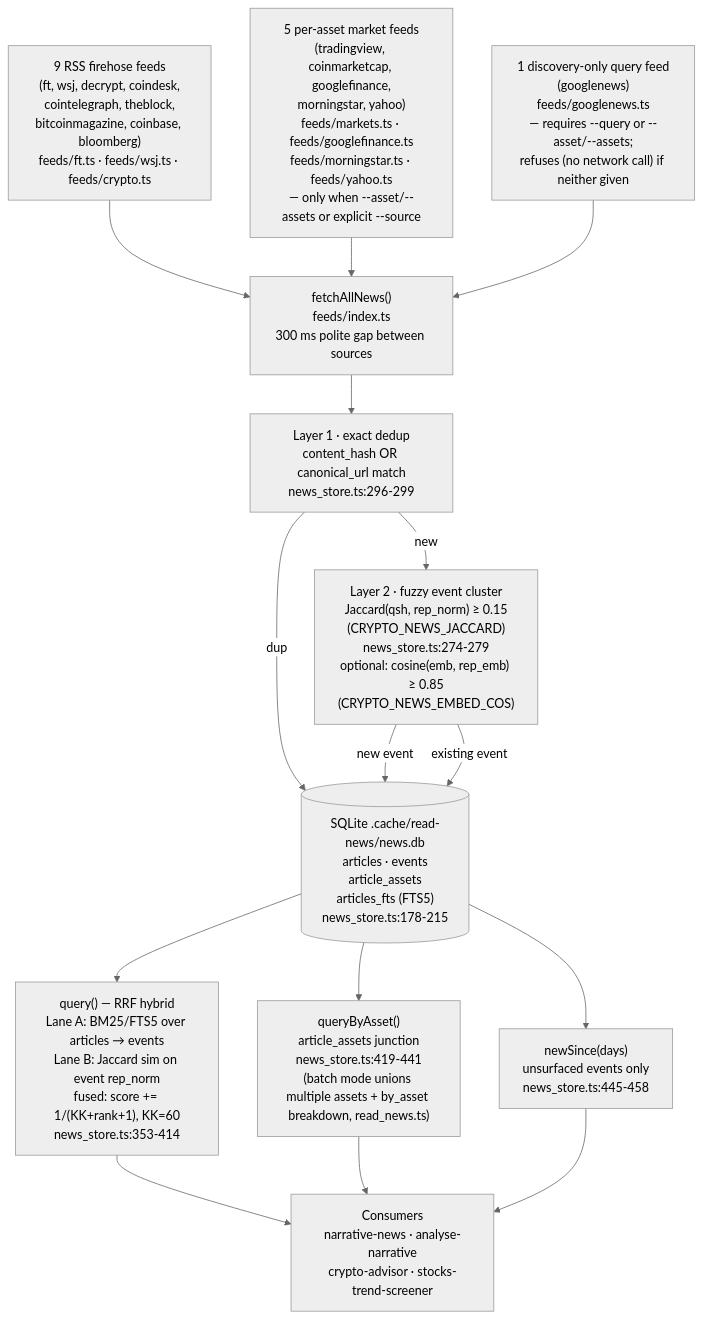
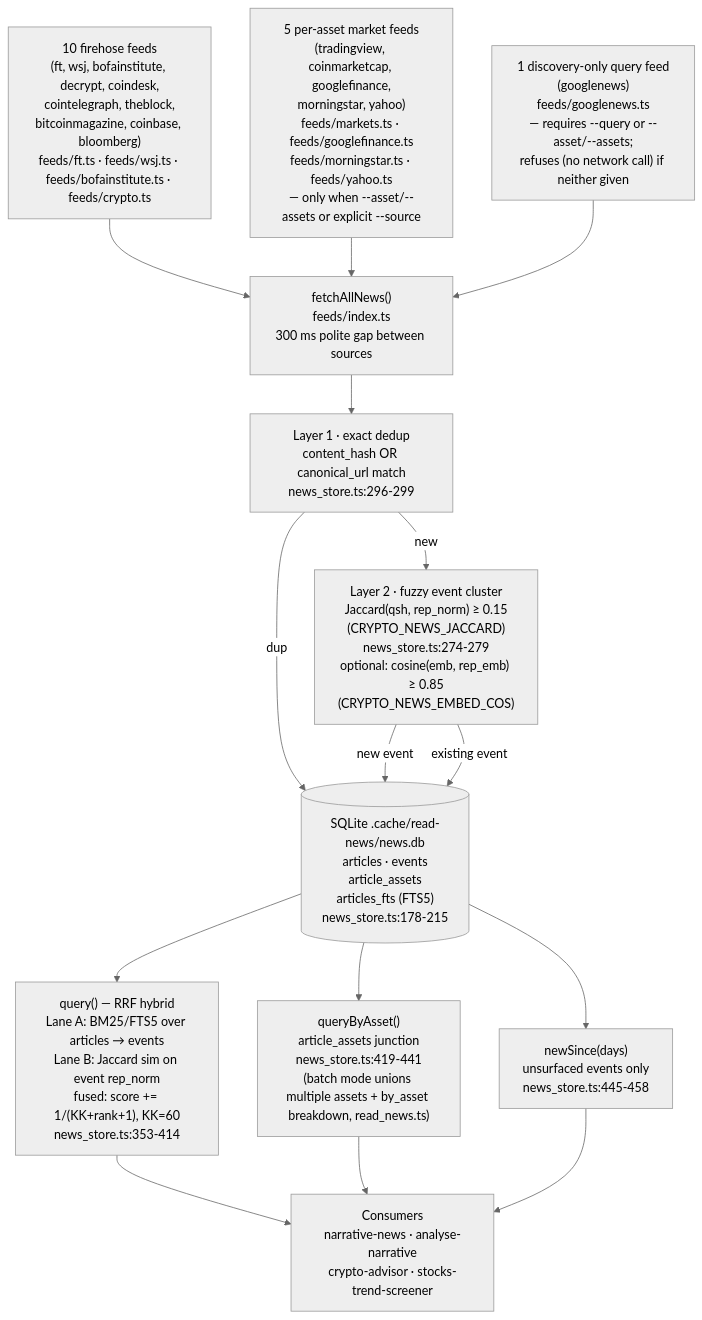
The diagram in .agents/skills/read-news/README.md (dzianisv/NonFinancialAdviceAgents), drawn with Mermaid (neutral theme) before and after one commit. The commit also changed other lines of this file and 18 other files, not shown here.

````diff
--- a/.agents/skills/read-news/README.md
+++ b/.agents/skills/read-news/README.md
@@ -9,67 +9,67 @@
 ```mermaid
 flowchart TD
-    F9["9 RSS firehose feeds
-(ft, wsj, decrypt, coindesk,
+    F9["10 firehose feeds
+(ft, wsj, bofainstitute, decrypt, coindesk,
 cointelegraph, theblock,
 bitcoinmagazine, coinbase, bloomberg)
-feeds/ft.ts · feeds/wsj.ts · feeds/crypto.ts"]
+feeds/ft.ts · feeds/wsj.ts · feeds/bofainstitute.ts · feeds/crypto.ts"]
     F5["5 per-asset market feeds
 (tradingview, coinmarketcap, googlefinance,
 morningstar, yahoo)
 feeds/markets.ts · feeds/googlefinance.ts
 feeds/morningstar.ts · feeds/yahoo.ts
 — only when --asset/--assets or explicit --source"]
     FQ["1 discovery-only query feed
 (googlenews)
 feeds/googlenews.ts
 — requires --query or --asset/--assets;
 refuses (no network call) if neither given"]
 
     FETCH["fetchAllNews()
 feeds/index.ts
 300 ms polite gap between sources"]
 
     L1["Layer 1 · exact dedup
 content_hash OR canonical_url match
 news_store.ts:296-299"]
     L2["Layer 2 · fuzzy event cluster
 Jaccard(qsh, rep_norm) ≥ 0.15
 (CRYPTO_NEWS_JACCARD)
 news_store.ts:274-279
 optional: cosine(emb, rep_emb) ≥ 0.85
 (CRYPTO_NEWS_EMBED_COS)"]
 
     DB[("SQLite .cache/read-news/news.db
 articles · events
 article_assets
 articles_fts (FTS5)
 news_store.ts:178-215")]
 
     QA["query() — RRF hybrid
 Lane A: BM25/FTS5 over articles → events
 Lane B: Jaccard sim on event rep_norm
 fused: score += 1/(KK+rank+1), KK=60
 news_store.ts:353-414"]
     QB["queryByAsset()
 article_assets junction
 news_store.ts:419-441
 (batch mode unions multiple assets + by_asset breakdown, read_news.ts)"]
     QC["newSince(days)
 unsurfaced events only
 news_store.ts:445-458"]
 
     CONSUMERS["Consumers
 narrative-news · analyse-narrative
 crypto-advisor · stocks-trend-screener"]
 
     F9 --> FETCH
     F5 --> FETCH
     FQ --> FETCH
     FETCH --> L1
     L1 -->|new| L2
     L1 -->|dup| DB
     L2 -->|new event| DB
     L2 -->|existing event| DB
     DB --> QA & QB & QC
     QA & QB & QC --> CONSUMERS
 ```
````
